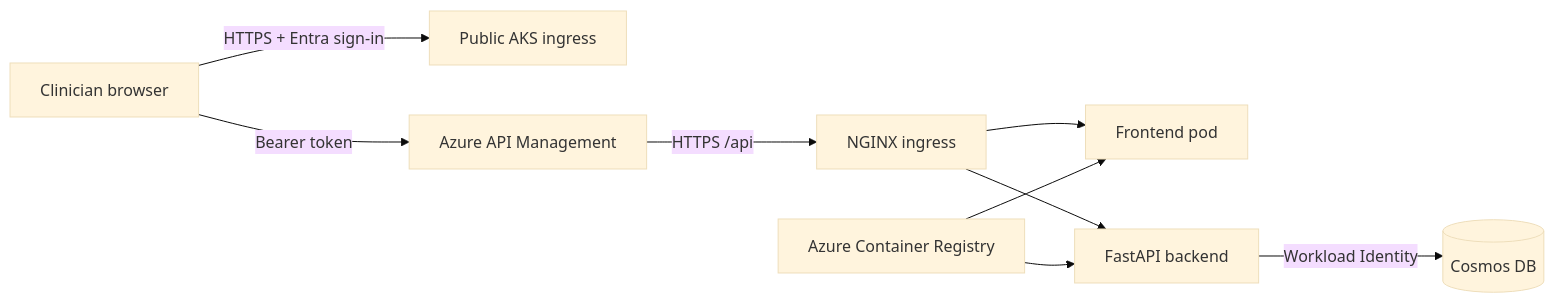
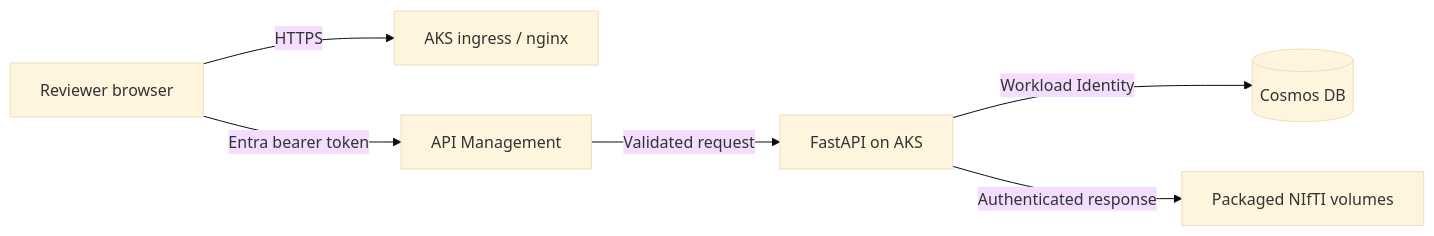
The diagram in README.md (ctava-msft/rad-workflow), drawn with Mermaid (base theme) before and after one commit. The commit also changed other lines of this file and 40 other files, not shown here.

````diff
--- a/README.md
+++ b/README.md
@@ -18,11 +13,8 @@
 ```mermaid
 flowchart LR
-    User[Clinician browser] -->|HTTPS + Entra sign-in| Frontend[Public AKS ingress]
-    User -->|Bearer token| APIM[Azure API Management]
-    APIM -->|HTTPS /api| Ingress[NGINX ingress]
-    Ingress --> FrontendPod[Frontend pod]
-    Ingress --> Backend[FastAPI backend]
-    Backend -->|Workload Identity| Cosmos[(Cosmos DB)]
-    ACR[Azure Container Registry] --> FrontendPod
-    ACR --> Backend
+    User[Reviewer browser] -->|HTTPS| Frontend[AKS ingress / nginx]
+    User -->|Entra bearer token| APIM[API Management]
+    APIM -->|Validated request| API[FastAPI on AKS]
+    API -->|Workload Identity| Cosmos[(Cosmos DB)]
+    API -->|Authenticated response| Volumes[Packaged NIfTI volumes]
 ```
````
